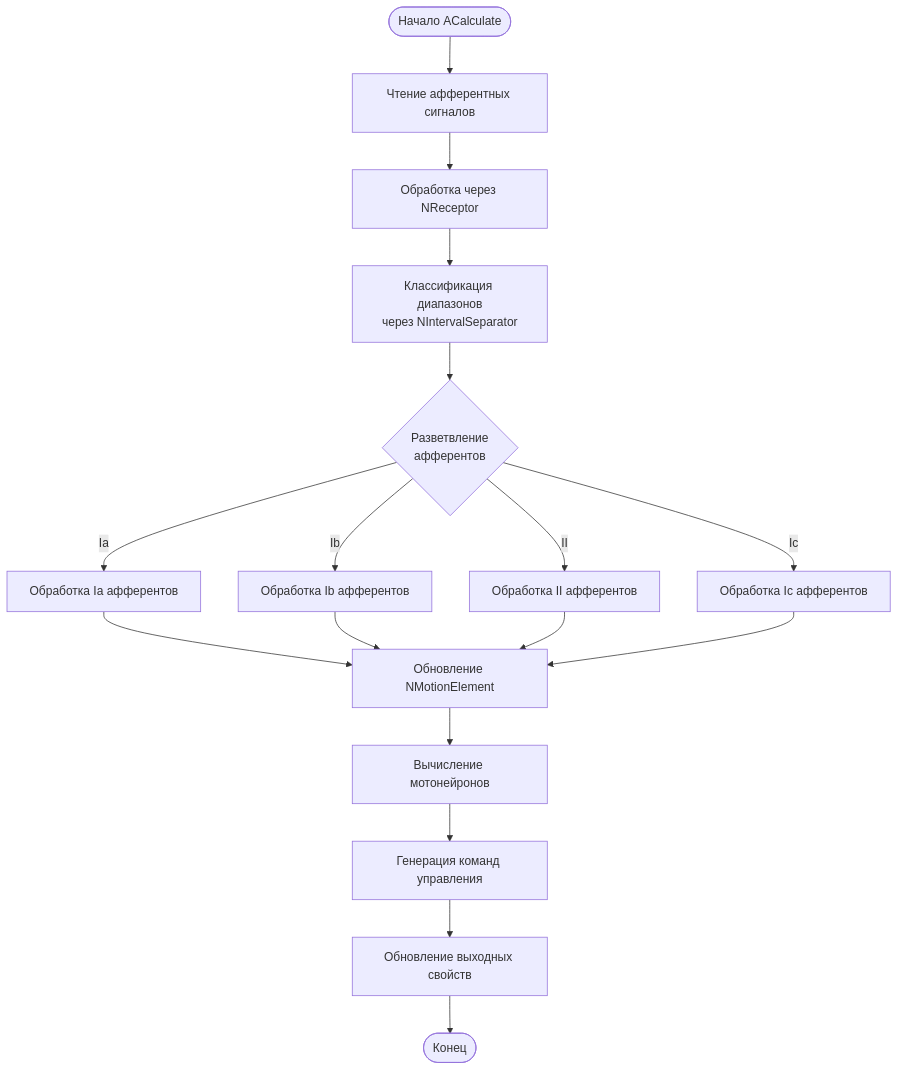
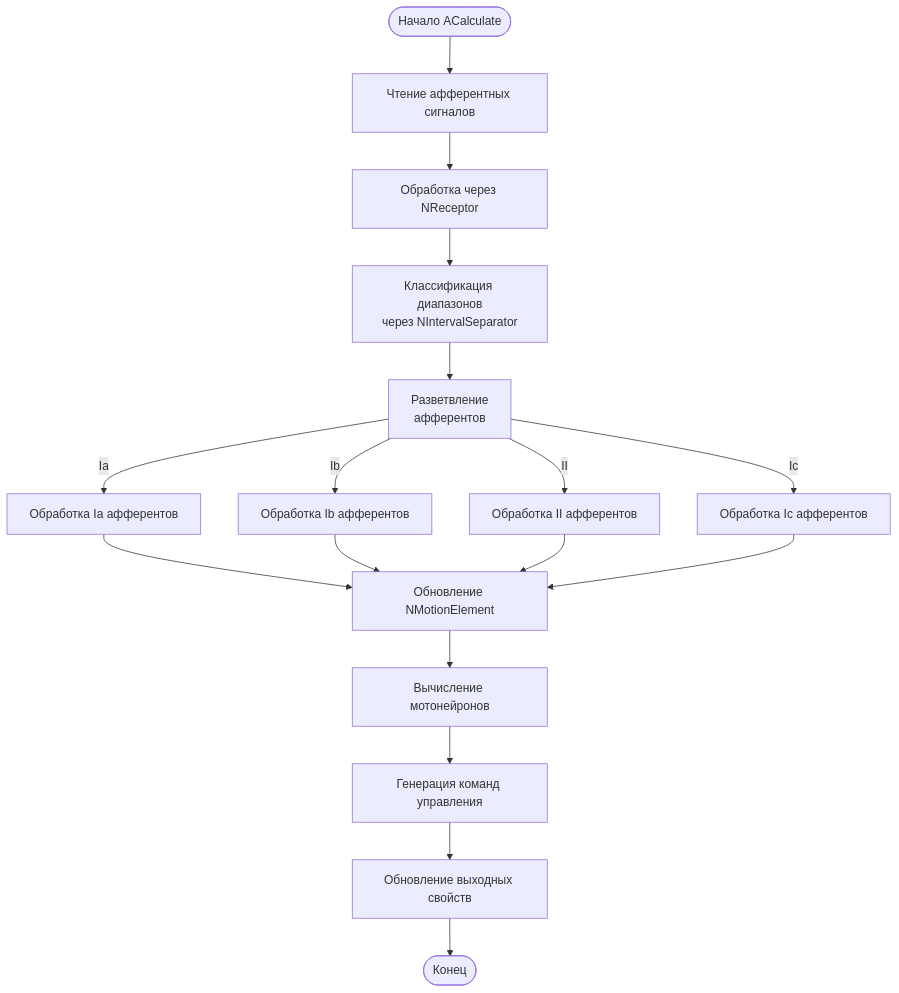
The fourth of 10 diagrams in Docs/Components/N2AsfNewSimplestAfferentBranchedEngineControl.md (aicommunity/Nmsdk-MotionControlLib), drawn with Mermaid before and after one commit. The commit also changed 39 other files, not shown here.

First line of the commit message:
docs(motion): normalize mermaid node ids with quoted labels

````diff
--- a/Docs/Components/N2AsfNewSimplestAfferentBranchedEngineControl.md
+++ b/Docs/Components/N2AsfNewSimplestAfferentBranchedEngineControl.md
@@ -135,19 +135,19 @@
 ```mermaid
 flowchart TD
     Start([Начало ACalculate]) --> ReadAfferents[Чтение афферентных сигналов]
     ReadAfferents --> ProcessReceptors[Обработка через NReceptor]
-    ProcessReceptors --> ClassifyRanges[Классификация диапазонов<br/>через NIntervalSeparator]
-    ClassifyRanges --> BranchAfferents{Разветвление<br/>афферентов}
+    ProcessReceptors --> ClassifyRanges["Классификация диапазонов<br/>через NIntervalSeparator"]
+    ClassifyRanges --> BranchAfferents["Разветвление<br/>афферентов"]
     BranchAfferents -->|Ia| ProcessIa[Обработка Ia афферентов]
     BranchAfferents -->|Ib| ProcessIb[Обработка Ib афферентов]
     BranchAfferents -->|II| ProcessII[Обработка II афферентов]
     BranchAfferents -->|Ic| ProcessIc[Обработка Ic афферентов]
     ProcessIa --> UpdateMotionElements[Обновление NMotionElement]
     ProcessIb --> UpdateMotionElements
     ProcessII --> UpdateMotionElements
     ProcessIc --> UpdateMotionElements
     UpdateMotionElements --> CalculateMotoneurons[Вычисление мотонейронов]
     CalculateMotoneurons --> GenerateCommands[Генерация команд управления]
     GenerateCommands --> UpdateOutputs[Обновление выходных свойств]
     UpdateOutputs --> End([Конец])
 ```
````
